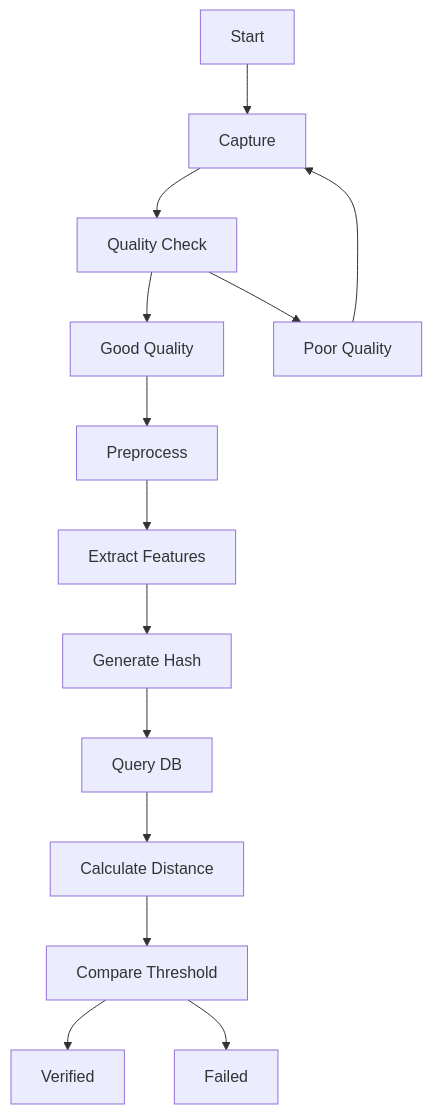
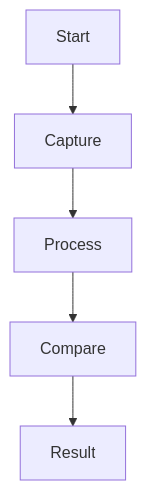
One commit to BTech20/biometric-auth-system changed diagram 11 of 15 in ARCHITECTURE.md. Above: the diagram before and after it, drawn with Mermaid. The commit also changed other lines of this file, not shown here.

First line of the commit message:
Ultra-simplify Mermaid diagrams to basic graph syntax

````diff
--- a/ARCHITECTURE.md
+++ b/ARCHITECTURE.md
@@ -251,16 +202,7 @@
 ```mermaid
-flowchart TB
+graph TD
     A[Start] --> B[Capture]
-    B --> C[Quality Check]
-    C --> D[Good Quality]
-    C --> E[Poor Quality]
-    E --> B
-    D --> F[Preprocess]
-    F --> G[Extract Features]
-    G --> H[Generate Hash]
-    H --> I[Query DB]
-    I --> J[Calculate Distance]
-    J --> K[Compare Threshold]
-    K --> L[Verified]
-    K --> M[Failed]
+    B --> C[Process]
+    C --> D[Compare]
+    D --> E[Result]
 ```
````
